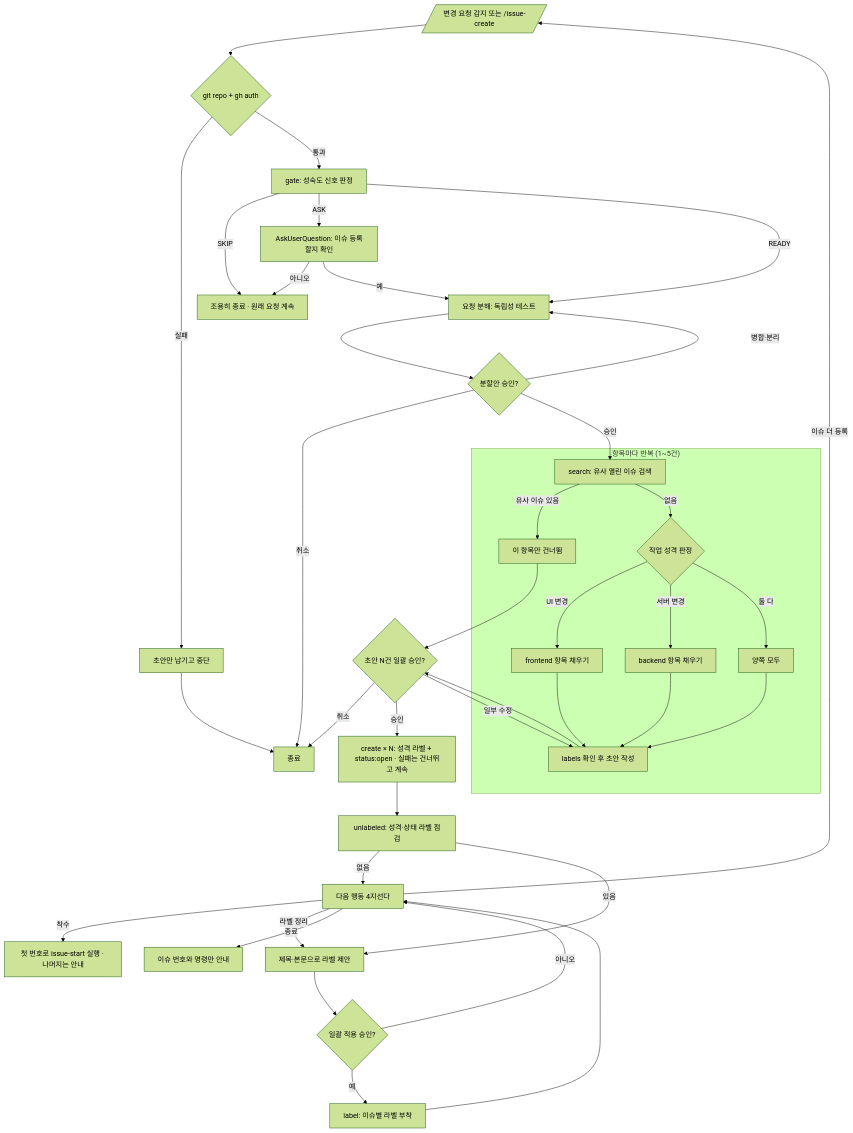
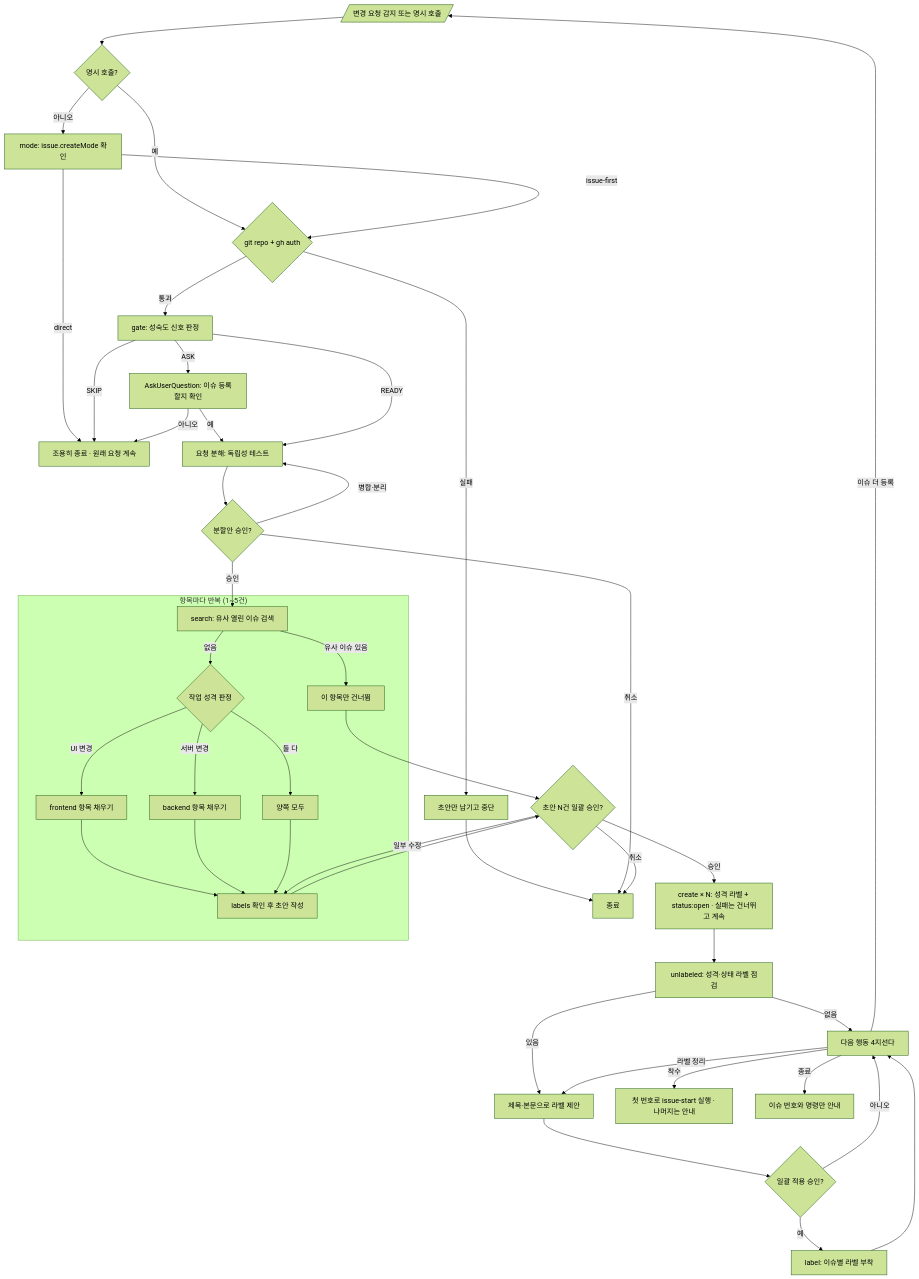
One commit to Mineru98/skills-store changed the diagram in .claude/skills/issue-create/SKILL.md. Above: the diagram before and after it, drawn with Mermaid (forest theme). The commit also changed other lines of this file and 7 other files, not shown here.

First line of the commit message:
feat(issue-create): add direct execution mode

````diff
--- a/.claude/skills/issue-create/SKILL.md
+++ b/.claude/skills/issue-create/SKILL.md
@@ -78,47 +81,51 @@
 ```mermaid
 flowchart TD
-    A[/"변경 요청 감지 또는 /issue-create"/] --> B{git repo + gh auth}
+    A[/"변경 요청 감지 또는 명시 호출"/] --> A1{명시 호출?}
+    A1 -- 예 --> B
+    A1 -- 아니오 --> A2[mode: issue.createMode 확인]
+    A2 -->|direct| Z1[조용히 종료 · 원래 요청 계속]
+    A2 -->|issue-first| B{git repo + gh auth}
     B -- 실패 --> B1[초안만 남기고 중단] --> Z0[종료]
     B -- 통과 --> C[gate: 성숙도 신호 판정]
 
     C -->|SKIP| Z1[조용히 종료 · 원래 요청 계속]
     C -->|ASK| C1[AskUserQuestion: 이슈 등록할지 확인]
     C1 -- 아니오 --> Z1
     C1 -- 예 --> S
     C -->|READY| S[요청 분해: 독립성 테스트]
 
     S --> S1{분할안 승인?}
     S1 -- 병합·분리 --> S
     S1 -- 취소 --> Z0
     S1 -- 승인 --> D
 
     subgraph PER["항목마다 반복 (1~5건)"]
       D[search: 유사 열린 이슈 검색] -- 유사 이슈 있음 --> D1[이 항목만 건너뜀]
       D -- 없음 --> E{작업 성격 판정}
       E -->|UI 변경| F1[frontend 항목 채우기]
       E -->|서버 변경| F2[backend 항목 채우기]
       E -->|둘 다| F3[양쪽 모두]
       F1 --> G[labels 확인 후 초안 작성]
       F2 --> G
       F3 --> G
     end
 
     D1 --> H
     G --> H{초안 N건 일괄 승인?}
     H -- 일부 수정 --> G
     H -- 취소 --> Z0
     H -- 승인 --> I[create × N: 성격 라벨 + status:open · 실패는 건너뛰고 계속]
 
     I --> M[unlabeled: 성격·상태 라벨 점검]
     M -- 없음 --> J
     M -- 있음 --> M1[제목·본문으로 라벨 제안]
     M1 --> M2{일괄 적용 승인?}
     M2 -- 아니오 --> J
     M2 -- 예 --> M3[label: 이슈별 라벨 부착] --> J
 
     J[다음 행동 4지선다]
     J -->|착수| K[첫 번호로 issue-start 실행 · 나머지는 안내]
     J -->|이슈 더 등록| A
     J -->|라벨 정리| M1
     J -->|종료| L[이슈 번호와 명령만 안내]
 ```
````
